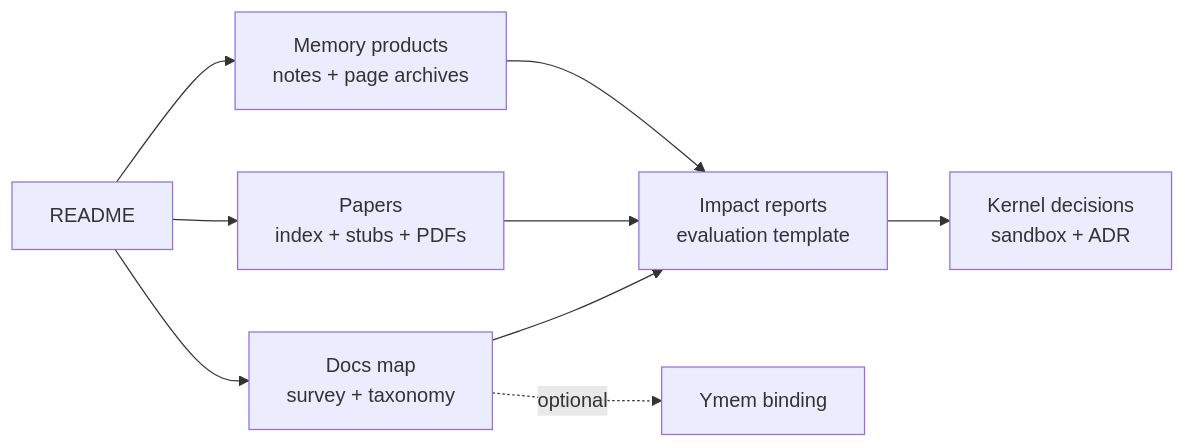
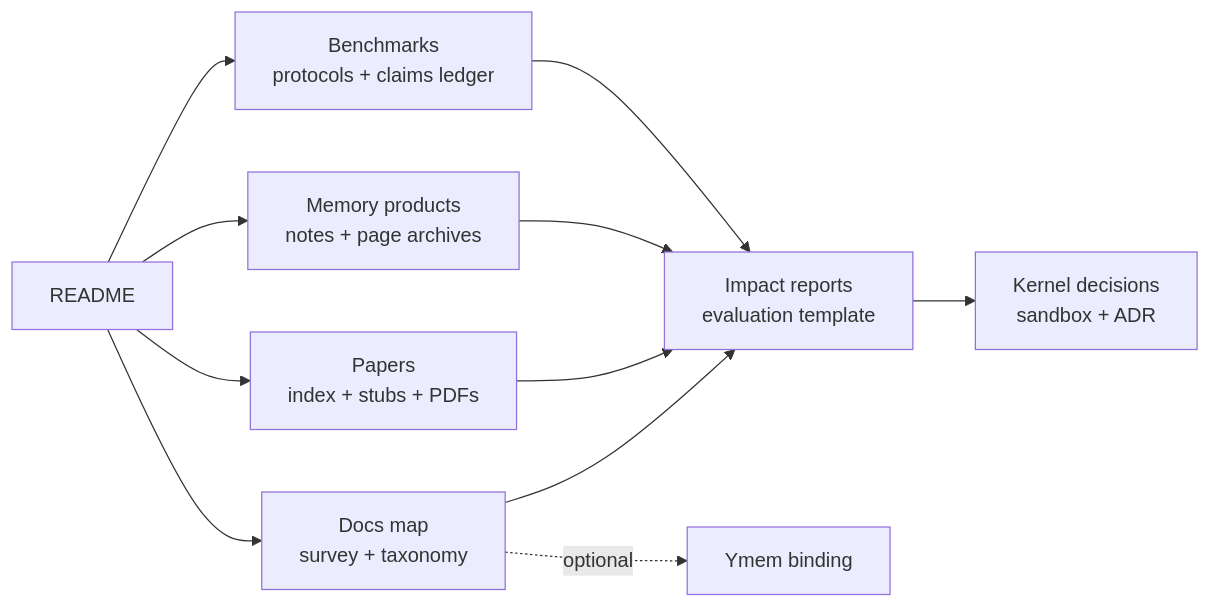
The diagram in README.md (Snseam/awesome-agent-memory), drawn with Mermaid before and after one commit. The commit also changed other lines of this file and 79 other files, not shown here.

````diff
--- a/README.md
+++ b/README.md
@@ -43,11 +46,13 @@
 ```mermaid
 flowchart LR
   R["README"] --> D["Docs map<br/>survey + taxonomy"]
   R --> P["Papers<br/>index + stubs + PDFs"]
   R --> PL["Memory products<br/>notes + page archives"]
+  R --> B["Benchmarks<br/>protocols + claims ledger"]
   D --> IR["Impact reports<br/>evaluation template"]
   P --> IR
   PL --> IR
+  B --> IR
   IR --> KD["Kernel decisions<br/>sandbox + ADR"]
   D -. "optional" .-> YB["Ymem binding"]
 ```
````
